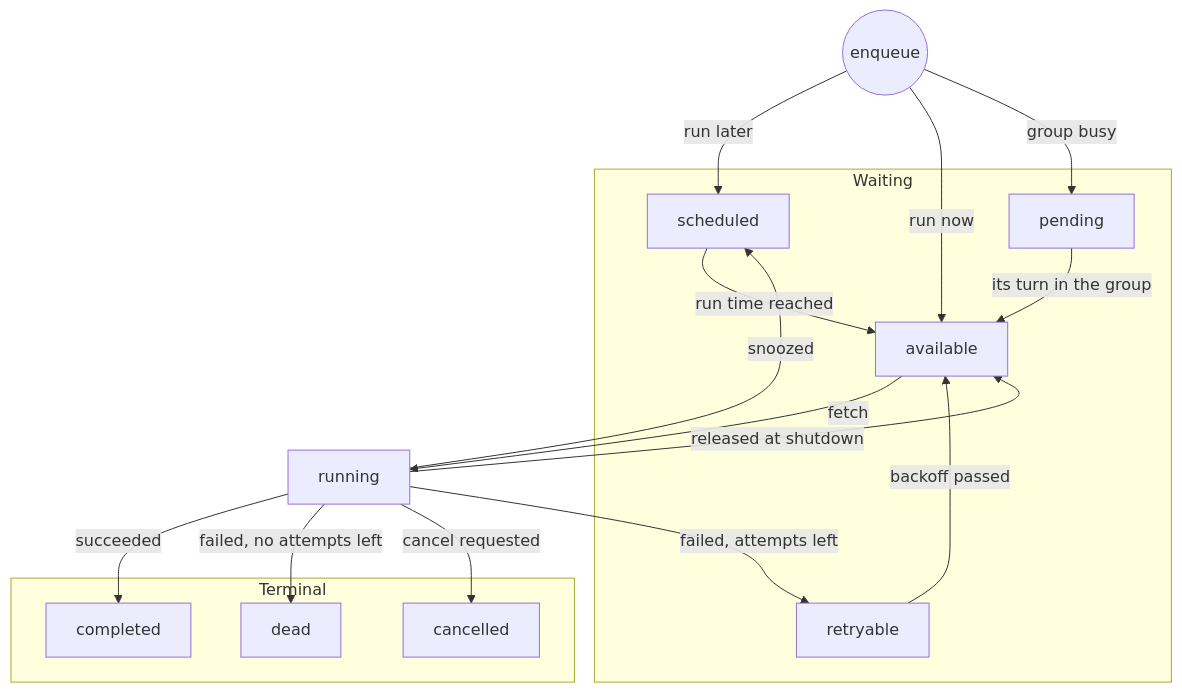
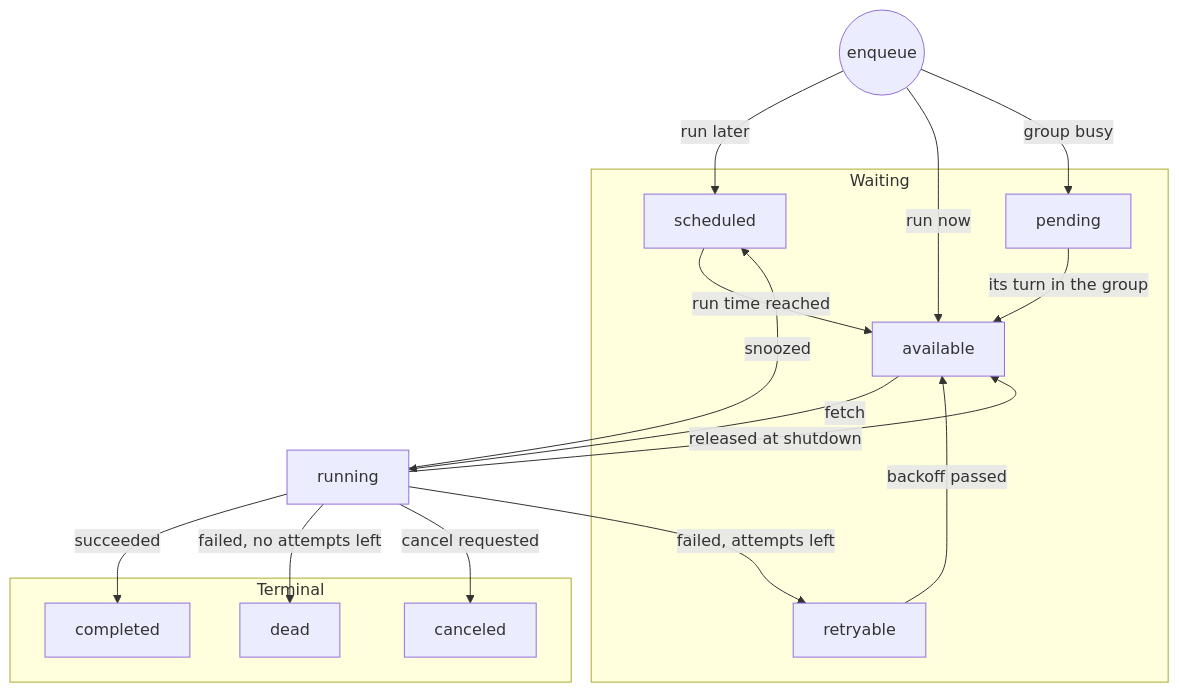
The diagram in docs/design/task-lifecycle.md (code19m/taskmill), drawn with Mermaid before and after one commit. The commit also changed other lines of this file and 1 other file, not shown here.

First line of the commit message:
docs(design): spell the canceled state the US way

````diff
--- a/docs/design/task-lifecycle.md
+++ b/docs/design/task-lifecycle.md
@@ -51,32 +51,32 @@
 ```mermaid
 flowchart TD
     enqueue((enqueue)) -->|run later| scheduled
     enqueue -->|run now| available
     enqueue -->|group busy| pending
 
     subgraph waiting [Waiting]
         scheduled
         pending
         available
         retryable
     end
 
     scheduled -->|run time reached| available
     pending -->|its turn in the group| available
     retryable -->|backoff passed| available
     available -->|fetch| running
 
     running -->|failed, attempts left| retryable
     running -->|snoozed| scheduled
     running -->|released at shutdown| available
 
     subgraph terminal [Terminal]
         completed
         dead
-        cancelled
+        canceled
     end
 
     running -->|succeeded| completed
     running -->|failed, no attempts left| dead
-    running -->|cancel requested| cancelled
+    running -->|cancel requested| canceled
 ```
````
